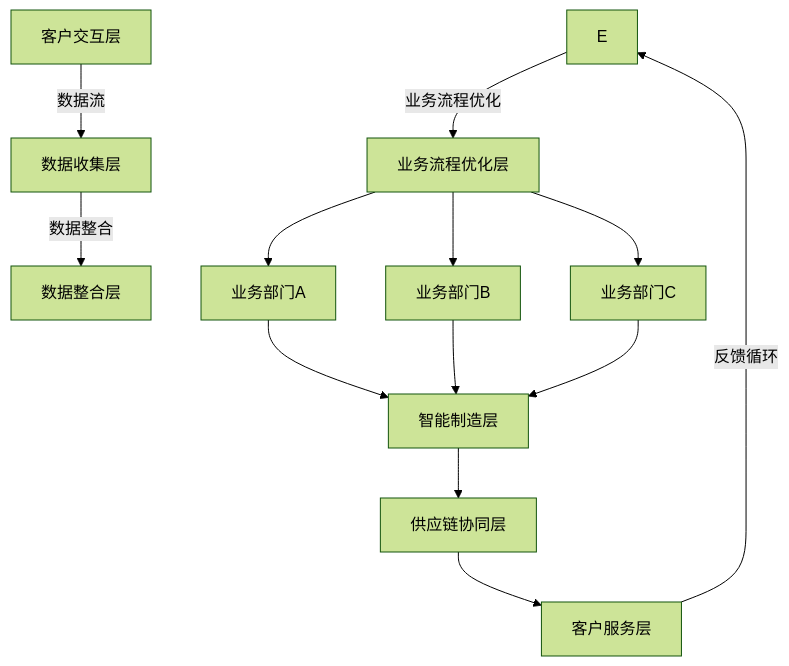
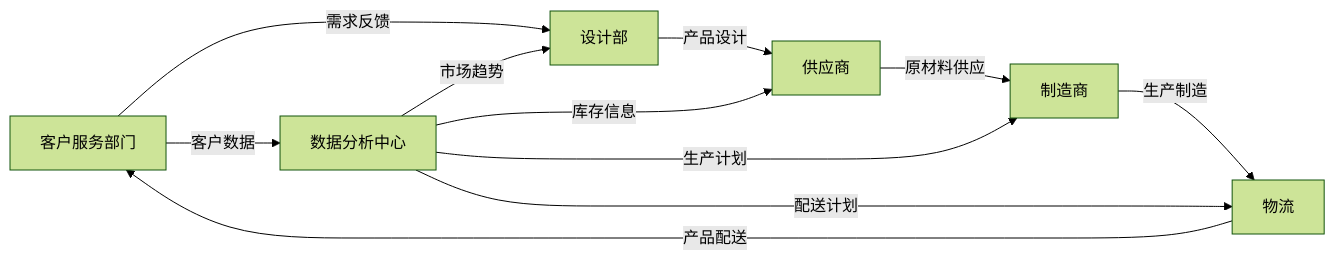
One commit to Theo20221119/iodraw-files changed the diagram in all/未命名-6.md. Above: the diagram before and after it, drawn with Mermaid (forest theme).

Commit message:
2024-12-19 10:40:58 update

````diff
--- a/all/未命名-6.md
+++ b/all/未命名-6.md
@@ -1,16 +1,14 @@
 ```mermaid
-graph TD
-    A[客户交互层] -->|数据流| B[数据收集层]
-    B -->|数据整合| C[数据整合层]
-    E -->|业务流程优化| F[业务流程优化层]
-    F --> G[业务部门A]
-    F --> H[业务部门B]
-    F --> I[业务部门C]
-    G --> J[智能制造层]
-    H --> J
-    I --> J
-    J --> K[供应链协同层]
-    K --> L[客户服务层]
-    L -->|反馈循环| E
+graph LR
+    A[客户服务部门] -->|需求反馈| B[设计部]
+    B -->|产品设计| C[供应商]
+    C -->|原材料供应| D[制造商]
+    D -->|生产制造| E[物流]
+    E -->|产品配送| A
+    A -->|客户数据| F[数据分析中心]
+    F -->|市场趋势| B
+    F -->|库存信息| C
+    F -->|生产计划| D
+    F -->|配送计划| E
 
 ```
````
